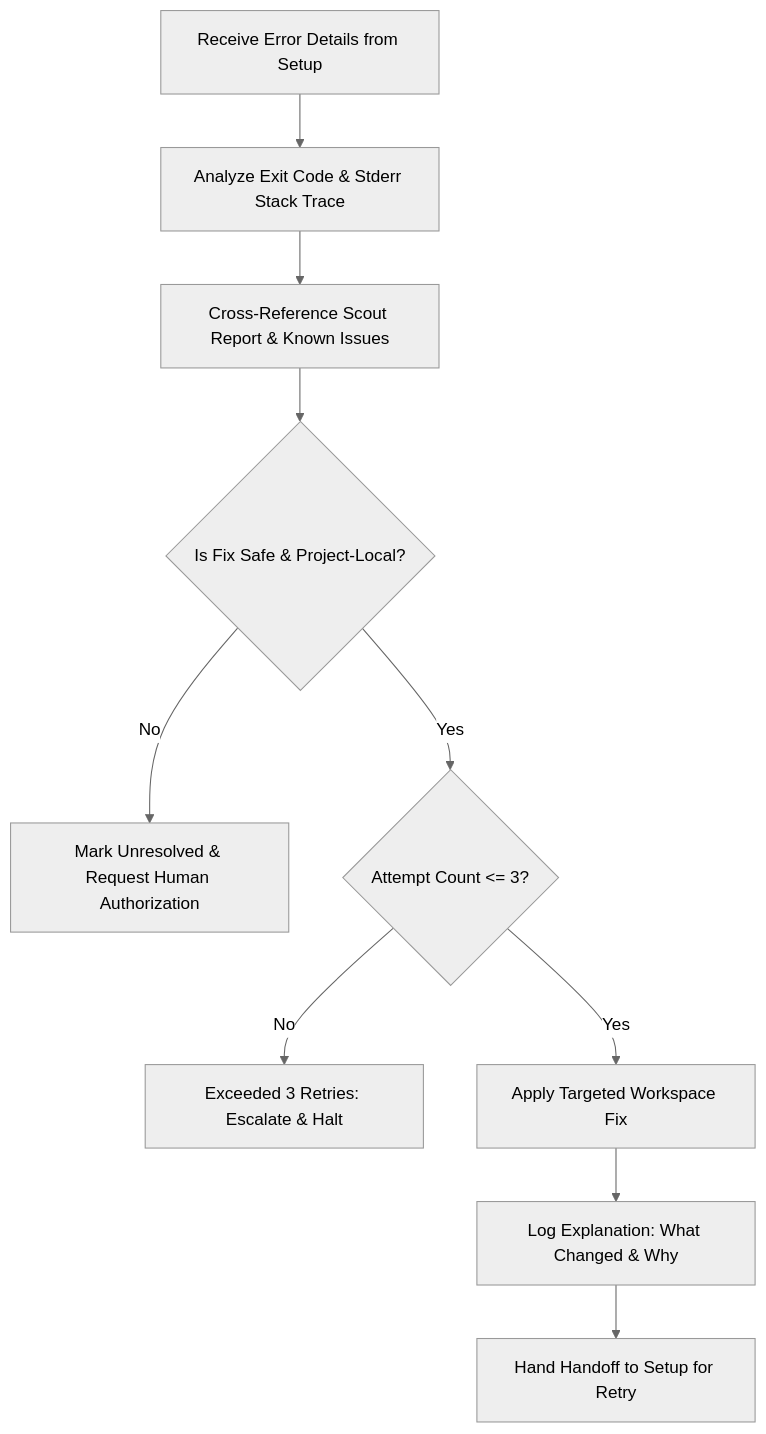
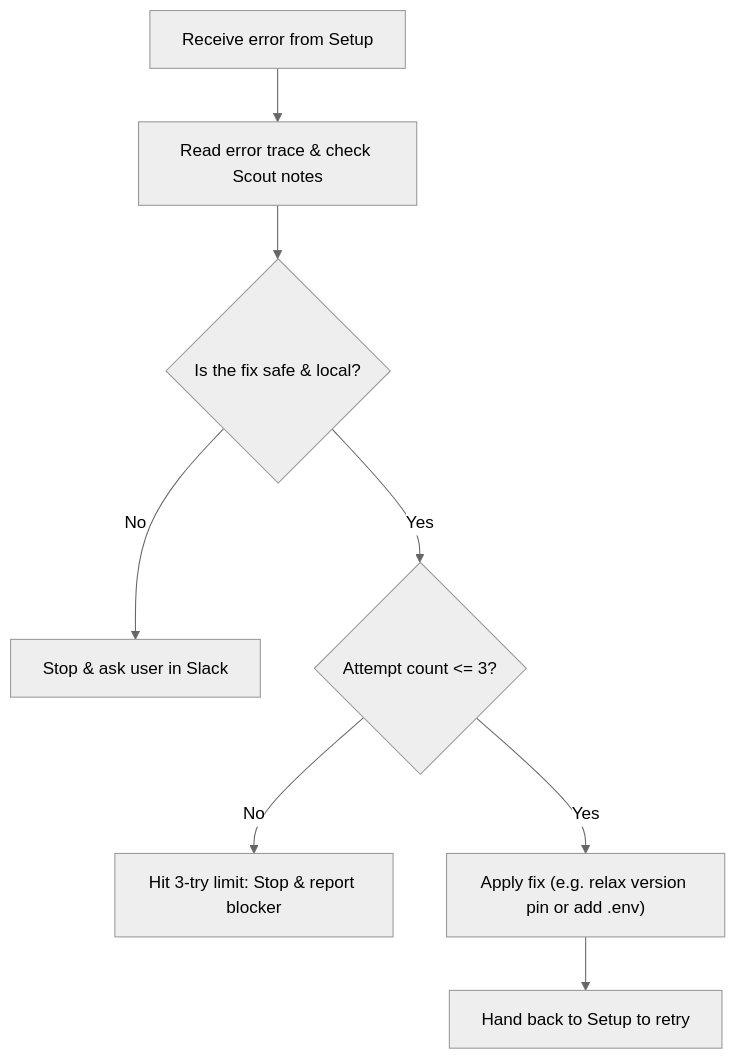
One commit to ravindhar1108/switch-setup-desk changed the diagram in agents/repair.md. Above: the diagram before and after it, drawn with Mermaid (neutral theme). The commit also changed other lines of this file and 21 other files, not shown here.

````diff
--- a/agents/repair.md
+++ b/agents/repair.md
@@ -29,12 +26,12 @@
 ```mermaid
 flowchart TD
-    A["Receive Error Details from Setup"] --> B["Analyze Exit Code & Stderr Stack Trace"]
-    B --> C["Cross-Reference Scout Report & Known Issues"]
-    C --> D{"Is Fix Safe & Project-Local?"}
-    D -- No --> E["Mark Unresolved & Request Human Authorization"]
-    D -- Yes --> F{"Attempt Count <= 3?"}
-    F -- No --> G["Exceeded 3 Retries: Escalate & Halt"]
-    F -- Yes --> H["Apply Targeted Workspace Fix"]
-    H --> I["Log Explanation: What Changed & Why"]
-    I --> J["Hand Handoff to Setup for Retry"]
+    A["Receive error from Setup"] --> B["Read error trace & check Scout notes"]
+    B --> C{"Is the fix safe & local?"}
+    
+    C -- No --> D["Stop & ask user in Slack"]
+    C -- Yes --> E{"Attempt count <= 3?"}
+    
+    E -- No --> F["Hit 3-try limit: Stop & report blocker"]
+    E -- Yes --> G["Apply fix (e.g. relax version pin or add .env)"]
+    G --> H["Hand back to Setup to retry"]
 ```
````
